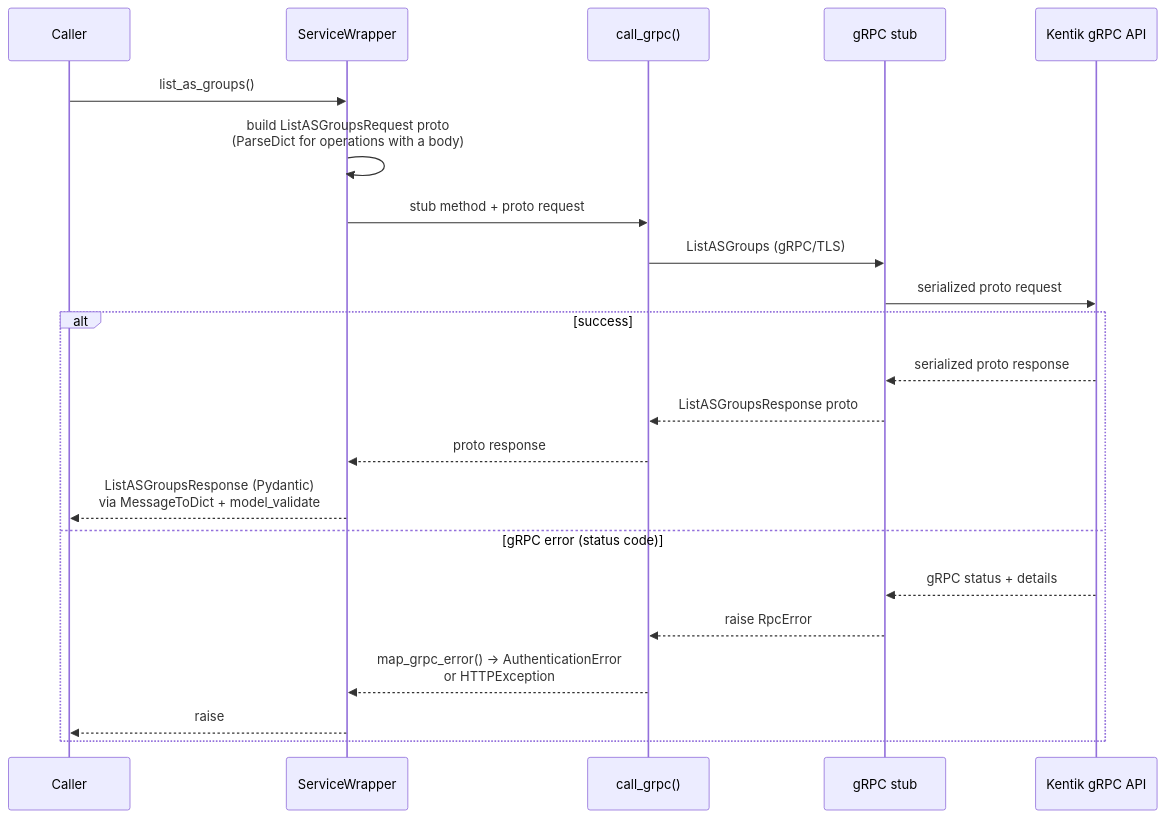
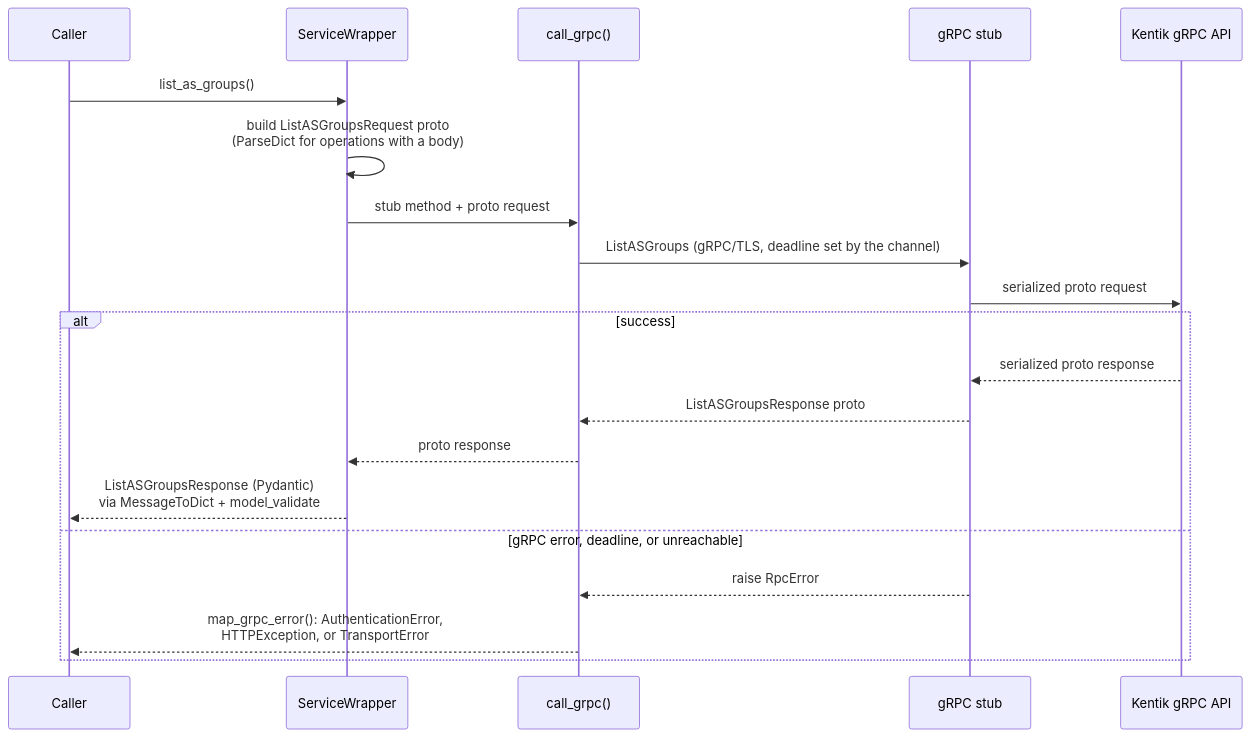
One commit to alexdearaujo/community_sdk_python changed the second of 2 diagrams in docs/sphinx/guides/grpc.md. Above: the diagram before and after it, drawn with Mermaid. The commit also changed other lines of this file and 3 other files, not shown here.

First line of the commit message:
docs: align the REST and gRPC guides with the current error behavior

````diff
--- a/docs/sphinx/guides/grpc.md
+++ b/docs/sphinx/guides/grpc.md
@@ -65,25 +69,23 @@
 ```mermaid
 sequenceDiagram
     participant C as Caller
     participant W as ServiceWrapper
     participant CG as call_grpc()
     participant S as gRPC stub
     participant API as Kentik gRPC API
 
     C->>W: list_as_groups()
     W->>W: build ListASGroupsRequest proto<br/>(ParseDict for operations with a body)
     W->>CG: stub method + proto request
-    CG->>S: ListASGroups (gRPC/TLS)
+    CG->>S: ListASGroups (gRPC/TLS, deadline set by the channel)
     S->>API: serialized proto request
     alt success
         API-->>S: serialized proto response
         S-->>CG: ListASGroupsResponse proto
         CG-->>W: proto response
         W-->>C: ListASGroupsResponse (Pydantic)<br/>via MessageToDict + model_validate
-    else gRPC error (status code)
-        API-->>S: gRPC status + details
+    else gRPC error, deadline, or unreachable
         S-->>CG: raise RpcError
-        CG-->>W: map_grpc_error() -> AuthenticationError<br/>or HTTPException
-        W-->>C: raise
+        CG-->>C: map_grpc_error(): AuthenticationError,<br/>HTTPException, or TransportError
     end
 ```
````
